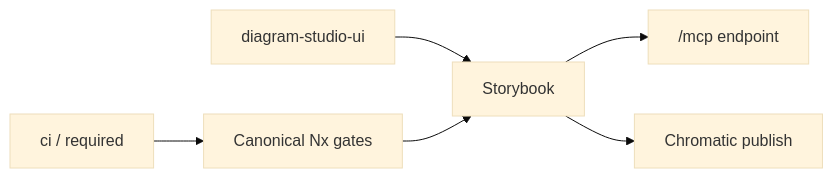
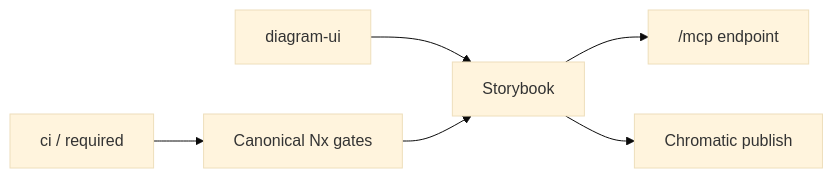
The diagram in docs/storybook-chromatic.md (shpitdev/sketchi), drawn with Mermaid (base theme) before and after one commit. The commit also changed other lines of this file and 144 other files, not shown here.

Commit message:
refactor: rename shared diagram UI package (#225)

````diff
--- a/docs/storybook-chromatic.md
+++ b/docs/storybook-chromatic.md
@@ -12,8 +12,8 @@
 ```mermaid
 flowchart LR
-  UI["diagram-studio-ui"] --> Storybook["Storybook"]
+  UI["diagram-ui"] --> Storybook["Storybook"]
   Storybook --> MCP["/mcp endpoint"]
   Storybook --> Chromatic["Chromatic publish"]
   CI["ci / required"] --> Build["Canonical Nx gates"]
   Build --> Storybook
 ```
````
